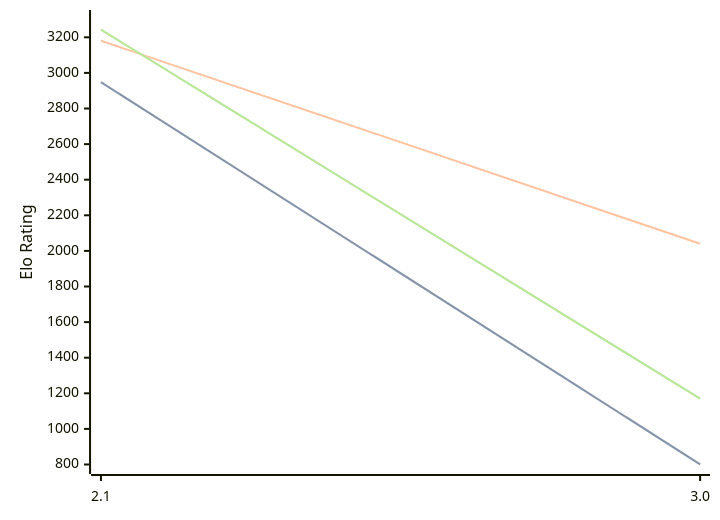
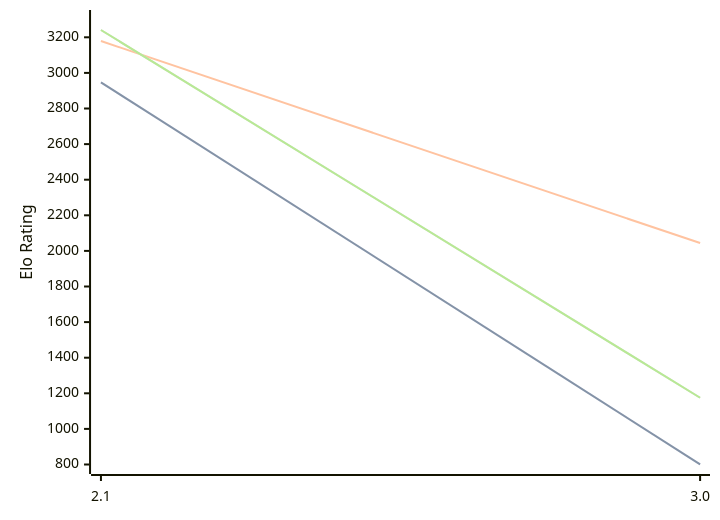
The diagram in engines/Quirky.md (computer-chess-index/cci), drawn with Mermaid before and after one commit. The commit also changed other lines of this file, not shown here.

Commit message:
Update CCI Ratings (ELO VLTC) - 2026-07-27

````diff
--- a/engines/Quirky.md
+++ b/engines/Quirky.md
@@ -34,11 +34,11 @@
 ```mermaid
 %%{init: {"theme":"base","themeVariables":{"seriesColors:['#a3a3a3','#222221','#faa371']}}}%%
 xychart-beta
   x-axis ["2.1", "3.0"]
   y-axis "Elo Rating" 800 --> 3300
-  line "STC (8.0+0.08s)" [2948, 801]
-  line "STC (8.0+0.08s)" [2948, 801]
-  line "LTC (60.0+0.60s)" [3181, 2040]
-  line "VLTC (2m24s+1.12s)" [3243, 1170]
-  line "VLTC (2m24s+1.12s)" [3243, 1170]
+  line "STC (8.0+0.08s)" [2947, 801]
+  line "STC (8.0+0.08s)" [2947, 801]
+  line "LTC (60.0+0.60s)" [3179, 2044]
+  line "VLTC (2m24s+1.12s)" [3241, 1175]
+  line "VLTC (2m24s+1.12s)" [3241, 1175]
 ```
````
